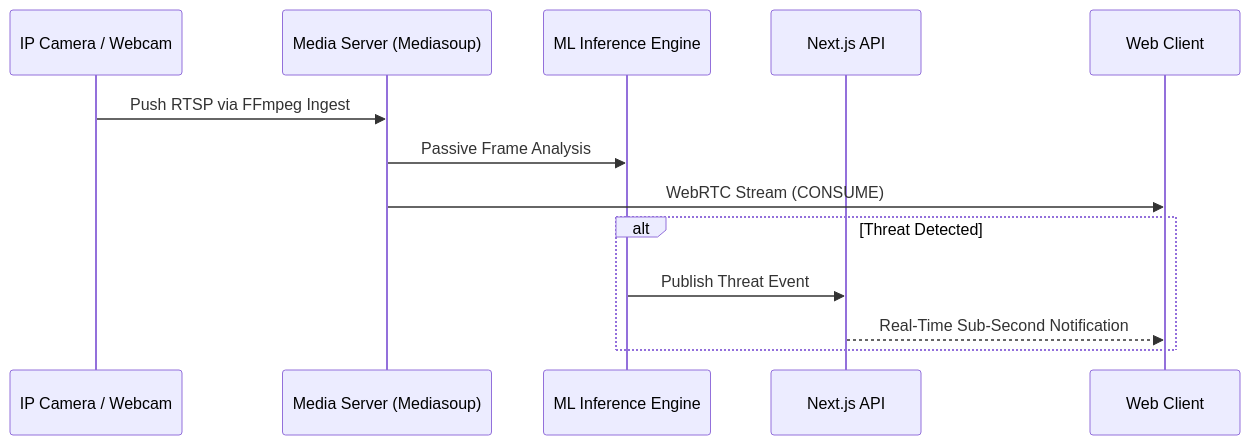
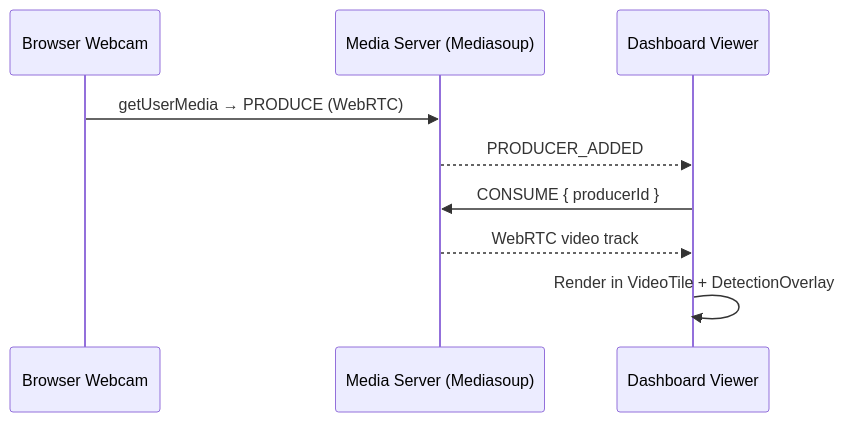
One commit to DevanshBehl/solvathon changed the fourth of 5 diagrams in README.md. Above: the diagram before and after it, drawn with Mermaid. The commit also changed other lines of this file and 6 other files, not shown here.

````diff
--- a/README.md
+++ b/README.md
@@ -83,16 +207,12 @@
 ```mermaid
 sequenceDiagram
-    participant Cam as IP Camera / Webcam
+    participant Cam as Browser Webcam
     participant SFU as Media Server (Mediasoup)
-    participant ML as ML Inference Engine
-    participant API as Next.js API
-    participant UI as Web Client
+    participant Client as Dashboard Viewer
 
-    Cam->>SFU: Push RTSP via FFmpeg Ingest
-    SFU->>ML: Passive Frame Analysis
-    SFU->>UI: WebRTC Stream (CONSUME)
-    alt Threat Detected
-        ML->>API: Publish Threat Event
-        API-->>UI: Real-Time Sub-Second Notification
-    end
+    Cam->>SFU: getUserMedia → PRODUCE (WebRTC)
+    SFU-->>Client: PRODUCER_ADDED
+    Client->>SFU: CONSUME { producerId }
+    SFU-->>Client: WebRTC video track
+    Client->>Client: Render in VideoTile + DetectionOverlay
 ```
````
